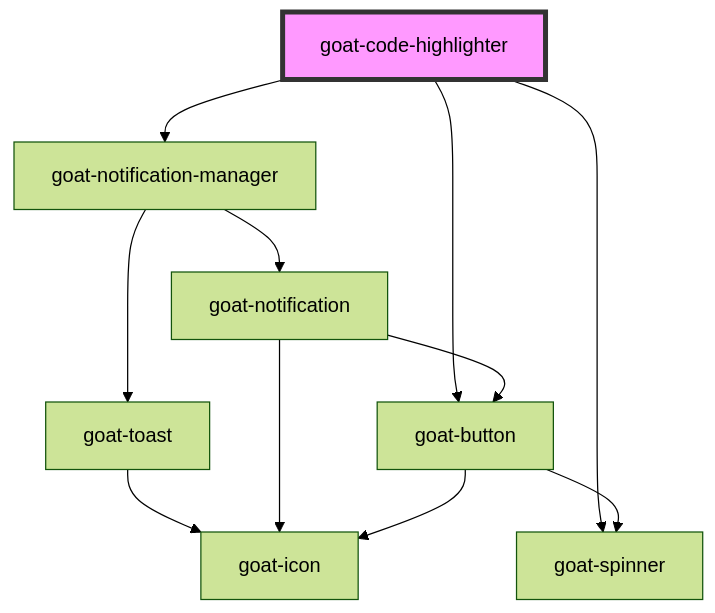
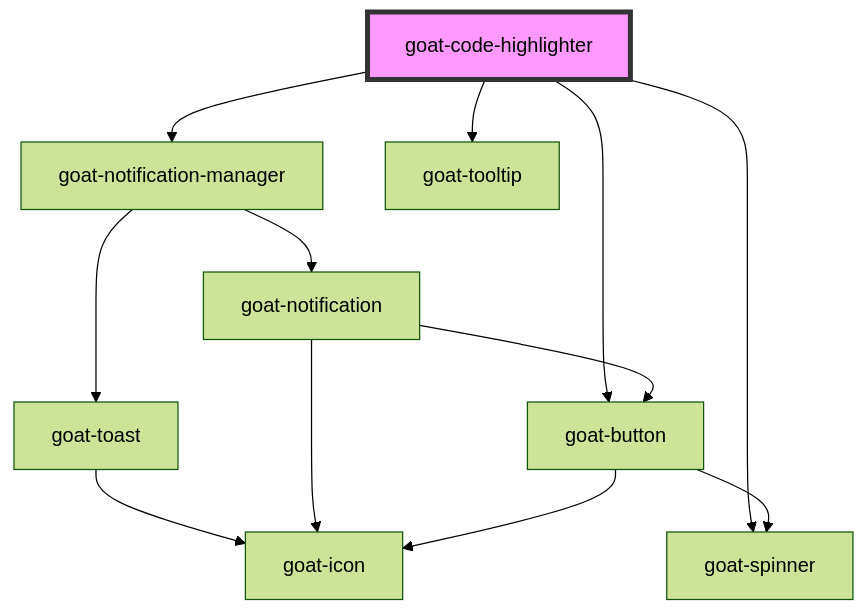
The diagram in src/components/data-display/code-highlighter/readme.md (goatui/components), drawn with Mermaid (forest theme) before and after one commit. The commit also changed other lines of this file and 5 other files, not shown here.

````diff
--- a/src/components/data-display/code-highlighter/readme.md
+++ b/src/components/data-display/code-highlighter/readme.md
@@ -28,14 +30,15 @@
 ```mermaid
 graph TD;
   goat-code-highlighter --> goat-notification-manager
   goat-code-highlighter --> goat-button
+  goat-code-highlighter --> goat-tooltip
   goat-code-highlighter --> goat-spinner
   goat-notification-manager --> goat-toast
   goat-notification-manager --> goat-notification
   goat-toast --> goat-icon
   goat-notification --> goat-button
   goat-notification --> goat-icon
   goat-button --> goat-icon
   goat-button --> goat-spinner
   style goat-code-highlighter fill:#f9f,stroke:#333,stroke-width:4px
 ```
````
